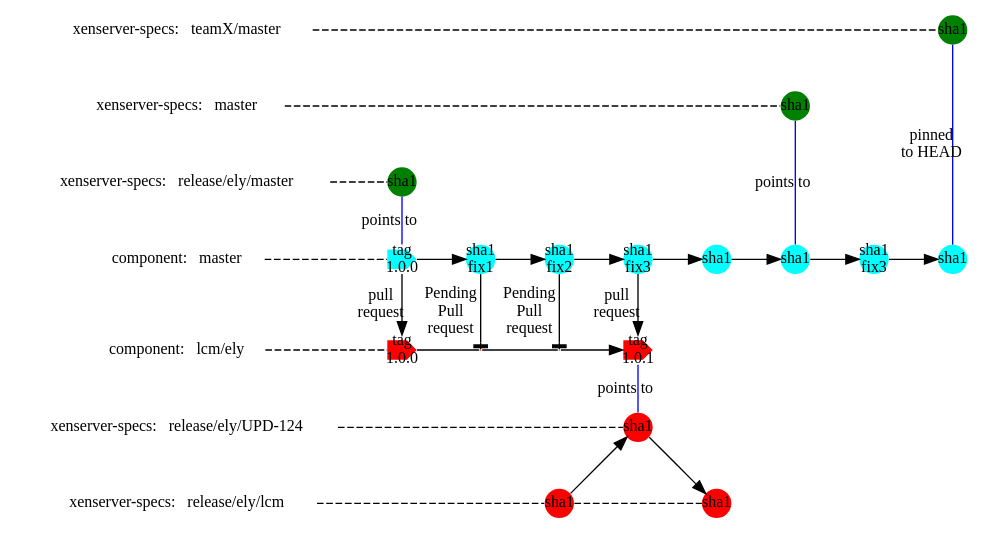
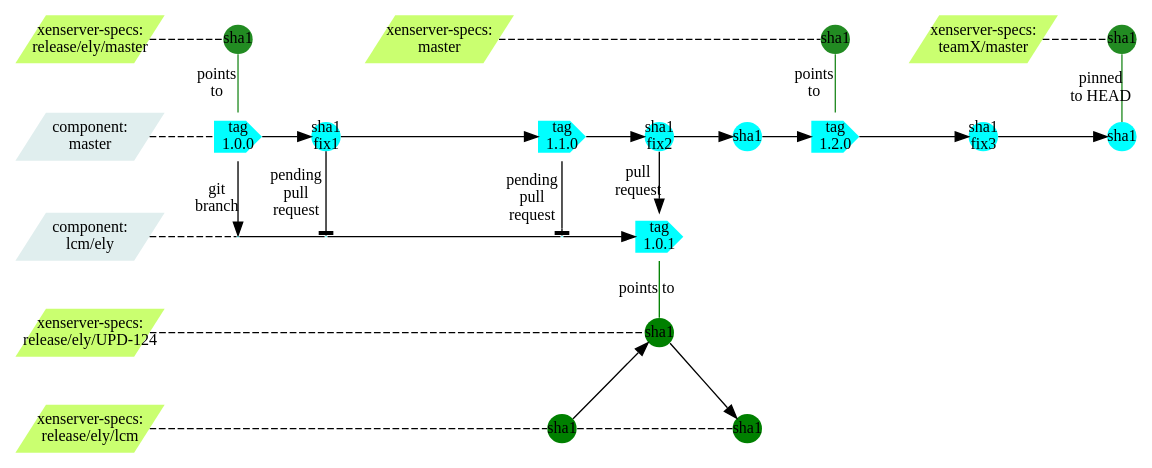
Before and after one commit to philippegabriel/XFormerBranchGraph: the diagram in XformerLCM2.dot, drawn with Graphviz.

Commit message:
Major change in color scheme and layout

```diff
--- a/XformerLCM2.dot
+++ b/XformerLCM2.dot
@@ -1,88 +1,92 @@
 strict digraph g{
 rankdir="LR";
 //nodesep=0.5;
 //ranksep=0.25;
 splines=line;
 forcelabels=false;
 
 // general
 node [style=filled, color="black", fontcolor="black", font="Consolas", fontsize="12pt",fixedsize=false,penwidth=0];
 edge [style=filled, color="black", fontcolor="black", font="Consolas", fontsize="12pt"];
 
 // tags
 //node [shape=circle,width=0, height=0, margin="0.05"];
 node [width=0.3, height=0.3, fixedsize=true, shape=circle,penwidth=0]
-node [fillcolor="green"];
+node [fillcolor=forestgreen];
 xsm1 [label="sha1"];
 xstx [label="sha1"];
 xsre [label="sha1"];
 node [fillcolor="cyan"];
-cma1 [shape=cds,label="tag\n1.0.0"];
+cma1 [shape=cds,width=0.5, height=0.5,label="tag\n1.0.0"];
 //node [width=0.3, height=0.3, fixedsize=true, shape=circle,penwidth=0]
 cma2 [label="sha1\nfix1"];
-cma3 [label="sha1\nfix2"];
-cma4 [label="sha1\nfix3"];
+cma3 [shape=cds,width=0.5, height=0.5,label="tag\n1.1.0"];
+cma4 [label="sha1\nfix2"];
 cma5 [label="sha1"];
-cma6 [label="sha1"];
+cma6 [shape=cds,width=0.5, height=0.5,label="tag\n1.2.0"];
 cma7 [label="sha1\nfix3"];
 cma8 [label="sha1"];
-node [fillcolor="red"];
-clcm1 [shape=cds,label="tag\n1.0.0"];
+clcm1 [width=0, height=0,shape=none,label=""];
 clcm2 [shape=circle,label="",width=0, height=0];
 clcm3 [shape=circle,label="",width=0, height=0];
-clcm4 [shape=cds,label="tag\n1.0.1"];
+clcm4 [shape=cds,width=0.5, height=0.5,label="tag\n1.0.1"];
+node [fillcolor="green"];
 node [shape=circle];
 upd1 [label="sha1"];
 xlcm1 [label="sha1"];
 xlcm2 [label="sha1"];
 // branch names
-node [color="#b0b0b0", style=dashed, arrowhead=none,fixedsize=false, penwidth=0, fillcolor=none, shape=none, width=0, height=0, margin="0.05"];
-XenserverSpecsTeamX[label="xenserver-specs:   teamX/master"];
-XenserverSpecsRelEly[label="xenserver-specs:   release/ely/master"];
-XenserverSpecsMaster[label="xenserver-specs:   master"];
-ComponentMaster[label="component:   master"];
-ComponentLCM[label="component:   lcm/ely"];
-XSSpecsUPD2[label="xenserver-specs:   release/ely/UPD-124"];
-XSSpecsLCM[label="xenserver-specs:   release/ely/lcm"];
+node [width=1.5, height=0.5,shape=parallelogram,penwidth=0]
+//node [color="#b0b0b0", style=dashed, arrowhead=none,fixedsize=false, penwidth=0, fillcolor=none, shape=none, width=0, height=0, margin="0.05"];
+XenserverSpecsTeamX[label="xenserver-specs:\nteamX/master",fillcolor="darkolivegreen1"];
+XenserverSpecsRelEly[label="xenserver-specs:\nrelease/ely/master",fillcolor="darkolivegreen1"];
+XenserverSpecsMaster[label="xenserver-specs:\nmaster",fillcolor="darkolivegreen1"];
+ComponentMaster[label="component:\nmaster",fillcolor="azure2"];
+ComponentLCM[label="component:\nlcm/ely",fillcolor="azure2"];
+XSSpecsUPD2[label="xenserver-specs:\nrelease/ely/UPD-124",fillcolor="darkolivegreen1"];
+XSSpecsLCM[label="xenserver-specs:\nrelease/ely/lcm",fillcolor="darkolivegreen1"];
 
 //graph
 subgraph{
 node [color="#b0b0b0", style=dashed, arrowhead=none];
 edge [style="invis"];
 rank=same;
-XenserverSpecsTeamX -> XenserverSpecsMaster -> XenserverSpecsRelEly -> ComponentMaster -> ComponentLCM -> XSSpecsUPD2  -> XSSpecsLCM;
+XenserverSpecsRelEly -> ComponentMaster -> ComponentLCM -> XSSpecsUPD2 -> XSSpecsLCM;
 }
 //edge [color="#b0b0b0", style=dashed, arrowhead=none ];
 edge [style=dashed, arrowhead=none ,weight=100];
 XenserverSpecsRelEly -> xsre;
+xsre -> XenserverSpecsMaster [style="invis"];
 XenserverSpecsMaster -> xsm1;
+xsm1 -> XenserverSpecsTeamX [style="invis"];
 XenserverSpecsTeamX -> xstx;
 ComponentMaster -> cma1;
 ComponentLCM -> clcm1;
 XSSpecsUPD2 -> upd1;
-XSSpecsLCM  -> xlcm1 -> xlcm2;
+XSSpecsLCM -> xlcm1 -> xlcm2;
 edge [style=filled, arrowhead=normal];
 cma1 -> cma2 -> cma3 -> cma4 -> cma5 -> cma6 -> cma7 -> cma8;
 clcm1 -> clcm2 [arrowhead=none]; 
 clcm2 -> clcm3 [arrowhead=none]; 
 clcm3 -> clcm4;
 //Xenserver specs - master, release pointers
-edge [style=filled, arrowhead=none , weight=1;label="points to",color=blue];
+edge [style=filled, arrowhead=none , weight=1;label="points\nto",color=forestgreen];
 subgraph{rank=same;xsre -> cma1;}
 subgraph{rank=same;xsm1 -> cma6;}
 subgraph{rank=same;xstx -> cma8 [label="pinned\nto HEAD"];}
 
 //Pull requests
-edge [style=filled, arrowhead=normal , label="pull\nrequest",color=black];
+edge [style=filled, arrowhead=normal,color=black];
+edge [label="git\nbranch"];
 subgraph{rank=same;cma1 -> clcm1;}
-subgraph{rank=same;cma2 -> clcm2[label="Pending\nPull\nrequest",arrowhead="tee"];}
-subgraph{rank=same;cma3 -> clcm3[label="Pending\nPull\nrequest",arrowhead="tee"];}
-subgraph{rank=same;cma4 -> clcm4;}
-//xlcm0 -> upd0;
-//upd0 -> xlcm1;
-//upd0 -> clcm2 [arrowhead=none ,label="points to",color=blue];
+edge [label="pending\npull\nrequest"];
+subgraph{rank=same;cma2 -> clcm2[arrowhead="tee"];}
+subgraph{rank=same;cma3 -> clcm3[arrowhead="tee"];}
+edge [label="pull\nrequest"];
+subgraph{rank=same;cma4 -> clcm4;
+clcm4 -> upd1 [arrowhead=none ,label="points to",color=green];}
 edge [label=""];
 xlcm1 -> upd1;
 upd1 -> xlcm2;
-subgraph{rank=same;upd1 -> clcm4 [arrowhead=none ,label="points to",color=blue];}
+//upd1 -> clcm4 [arrowhead=none ,label="points to",color=green];
 }
```
